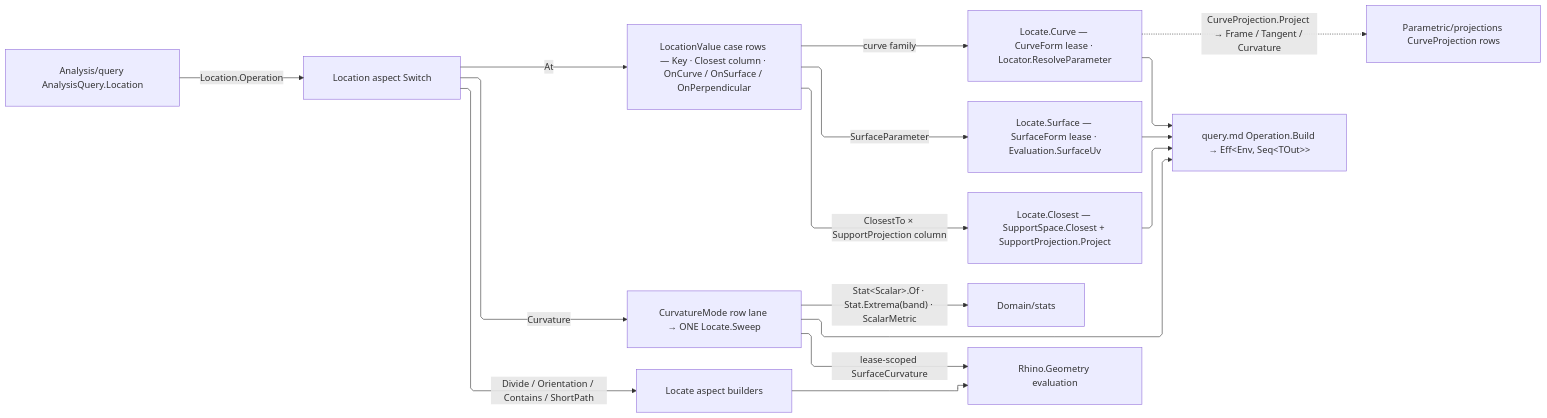
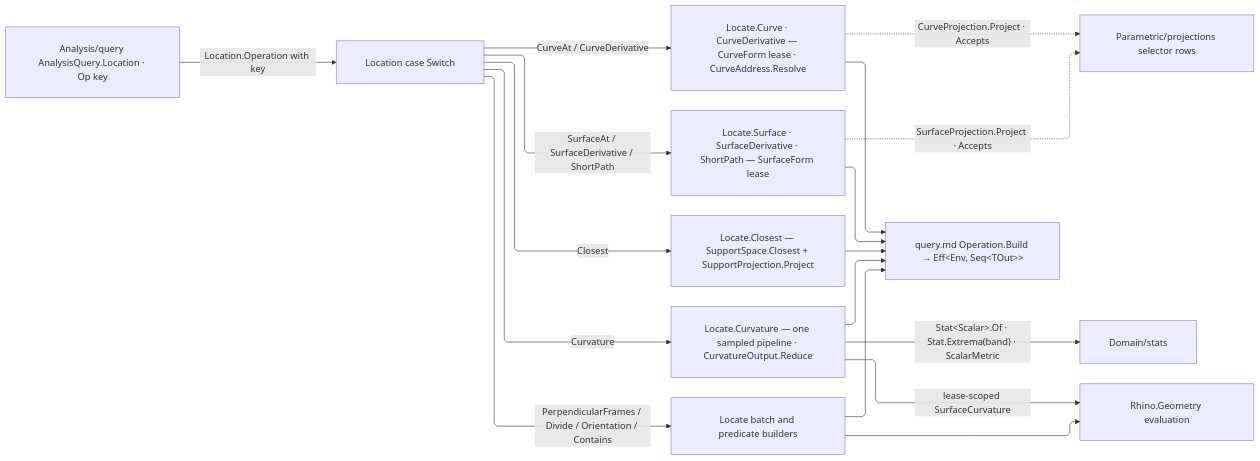
Before and after one commit to bsamiee/Rasm: the diagram in libs/dotnet/Rasm/.planning/Parametric/locate.md, drawn with Mermaid. The commit also changed other lines of this file and 47 other files, not shown here.

First line of the commit message:
spec: drain the Parametric audits — collapse wrappers, seat generated owners, land FP/ROP admission across nurbs, curve, surface, locate, projections, patternmap, subdivide, develop, panelize

````diff
--- a/libs/dotnet/Rasm/.planning/Parametric/locate.md
+++ b/libs/dotnet/Rasm/.planning/Parametric/locate.md
@@ -537,24 +320,24 @@
 ```mermaid
 ---
 config:
   layout: elk
   flowchart:
     curve: linear
     padding: 25
 ---
 flowchart LR
     accTitle: Location operation flow
-    accDescr: AnalysisQuery.Location routes aspects through the Locate spine — value rows resolve locator arms, divisions lower to host members, and the curvature sweep folds stations to stats.
-    Query["Analysis/query AnalysisQuery.Location"] -->|Location.Operation| Location["Location aspect Switch"]
-    Location -->|At| Rows["LocationValue case rows — Key · Closest column · OnCurve / OnSurface / OnPerpendicular"]
-    Location -->|Curvature| Sweep["CurvatureMode row lane → ONE Locate.Sweep"]
-    Location -->|Divide / Orientation / Contains / ShortPath| Spine["Locate aspect builders"]
-    Rows -->|curve family| CurveArm["Locate.Curve — CurveForm lease · Locator.ResolveParameter"]
-    Rows -->|SurfaceParameter| SurfaceArm["Locate.Surface — SurfaceForm lease · Evaluation.SurfaceUv"]
-    Rows -->|ClosestTo × SupportProjection column| ClosestArm["Locate.Closest — SupportSpace.Closest + SupportProjection.Project"]
-    CurveArm -.->|CurveProjection.Project → Frame / Tangent / Curvature| Projections["Parametric/projections CurveProjection rows"]
+    accDescr: AnalysisQuery.Location threads the verb key into the Location case fold; each case lowers through one Locate builder that leases the native, reads its selector or division row, and returns to the Analysis runtime.
+    Query["Analysis/query AnalysisQuery.Location · Op key"] -->|Location.Operation with key| Location["Location case Switch"]
+    Location -->|CurveAt / CurveDerivative| CurveArm["Locate.Curve · CurveDerivative — CurveForm lease · CurveAddress.Resolve"]
+    Location -->|SurfaceAt / SurfaceDerivative / ShortPath| SurfaceArm["Locate.Surface · SurfaceDerivative · ShortPath — SurfaceForm lease"]
+    Location -->|Closest| ClosestArm["Locate.Closest — SupportSpace.Closest + SupportProjection.Project"]
+    Location -->|Curvature| Sweep["Locate.Curvature — one sampled pipeline · CurvatureOutput.Reduce"]
+    Location -->|PerpendicularFrames / Divide / Orientation / Contains| Spine["Locate batch and predicate builders"]
+    CurveArm -.->|CurveProjection.Project · Accepts| Projections["Parametric/projections selector rows"]
+    SurfaceArm -.->|SurfaceProjection.Project · Accepts| Projections
     Sweep -->|"Stat&lt;Scalar&gt;.Of · Stat.Extrema(band) · ScalarMetric"| Stats["Domain/stats"]
     Sweep -->|lease-scoped SurfaceCurvature| Rhino["Rhino.Geometry evaluation"]
     Spine --> Rhino
-    CurveArm & SurfaceArm & ClosestArm & Sweep --> Runtime["query.md Operation.Build → Eff&lt;Env, Seq&lt;TOut&gt;&gt;"]
+    CurveArm & SurfaceArm & ClosestArm & Sweep & Spine --> Runtime["query.md Operation.Build → Eff&lt;Env, Seq&lt;TOut&gt;&gt;"]
 ```
````
